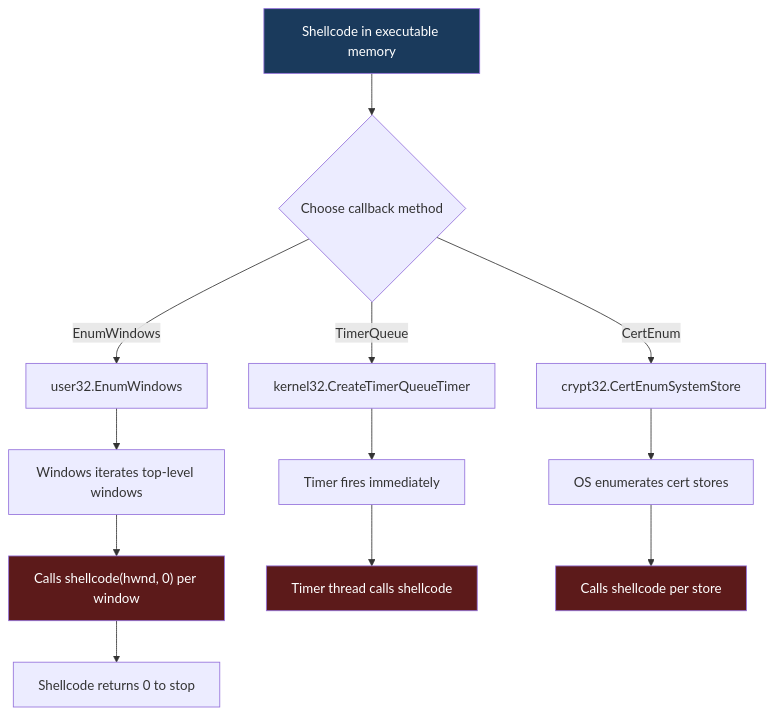
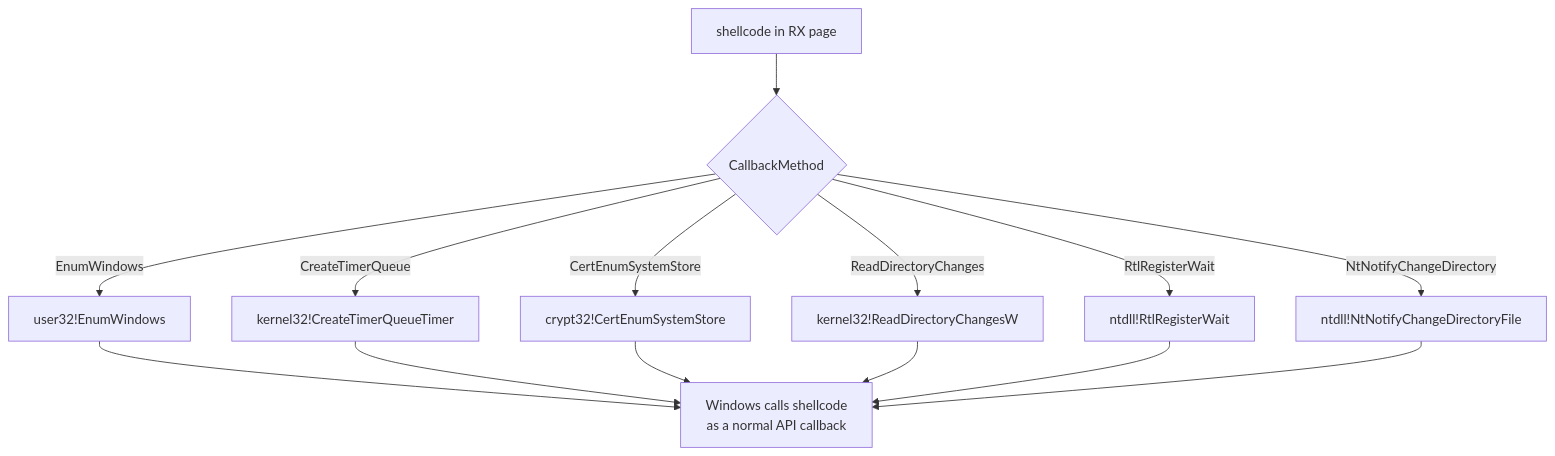
Before and after one commit to oioio-space/maldev: the diagram in docs/techniques/injection/callback-execution.md, drawn with Mermaid. The commit also changed other lines of this file and 3 other files, not shown here.

````diff
--- a/docs/techniques/injection/callback-execution.md
+++ b/docs/techniques/injection/callback-execution.md
@@ -15,23 +45,16 @@
 ```mermaid
 flowchart TD
-    SC[Shellcode in executable memory] --> Choice{Choose callback method}
-
-    Choice -->|EnumWindows| EW[user32.EnumWindows]
-    Choice -->|TimerQueue| TQ[kernel32.CreateTimerQueueTimer]
-    Choice -->|CertEnum| CE[crypt32.CertEnumSystemStore]
-
-    EW --> EW1[Windows iterates top-level windows]
-    EW1 --> EW2["Calls shellcode(hwnd, 0) per window"]
-    EW2 --> EW3[Shellcode returns 0 to stop]
-
-    TQ --> TQ1[Timer fires immediately]
-    TQ1 --> TQ2[Timer thread calls shellcode]
-
-    CE --> CE1[OS enumerates cert stores]
-    CE1 --> CE2[Calls shellcode per store]
-
-    style SC fill:#1a3a5c,color:#fff
-    style EW2 fill:#5c1a1a,color:#fff
-    style TQ2 fill:#5c1a1a,color:#fff
-    style CE2 fill:#5c1a1a,color:#fff
+    SC[shellcode in RX page] --> Pick{CallbackMethod}
+    Pick -->|EnumWindows| EW[user32!EnumWindows]
+    Pick -->|CreateTimerQueue| TQ[kernel32!CreateTimerQueueTimer]
+    Pick -->|CertEnumSystemStore| CE[crypt32!CertEnumSystemStore]
+    Pick -->|ReadDirectoryChanges| RD[kernel32!ReadDirectoryChangesW]
+    Pick -->|RtlRegisterWait| RW[ntdll!RtlRegisterWait]
+    Pick -->|NtNotifyChangeDirectory| NC[ntdll!NtNotifyChangeDirectoryFile]
+    EW --> CALL[Windows calls shellcode<br/>as a normal API callback]
+    TQ --> CALL
+    CE --> CALL
+    RD --> CALL
+    RW --> CALL
+    NC --> CALL
 ```
````
